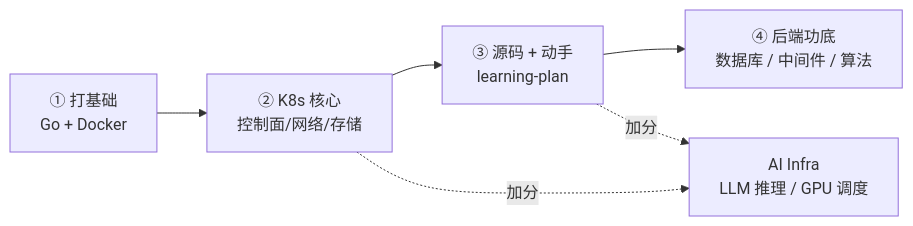
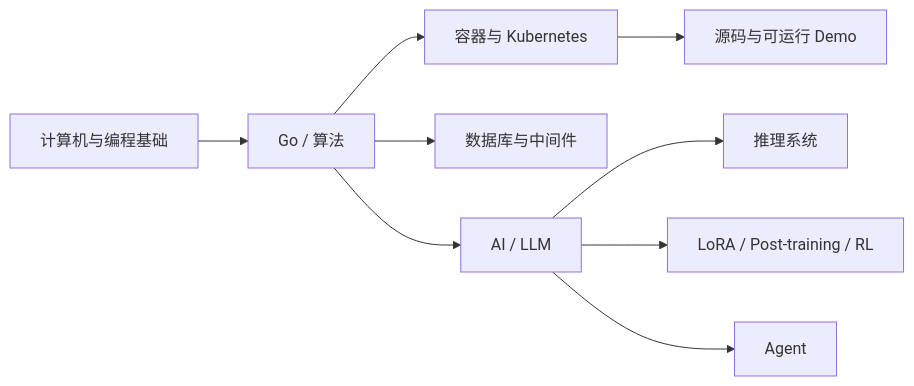
One commit to HSn0918/Learning-Notes changed the diagram in README.md. Above: the diagram before and after it, drawn with Mermaid. The commit also changed other lines of this file and 242 other files, not shown here.

````diff
--- a/README.md
+++ b/README.md
@@ -14,8 +7,11 @@
 ```mermaid
 flowchart LR
-    A["① 打基础<br/>Go + Docker"] --> B["② K8s 核心<br/>控制面/网络/存储"]
-    B --> C["③ 源码 + 动手<br/>learning-plan"]
-    C --> D["④ 后端功底<br/>数据库 / 中间件 / 算法"]
-    B -.加分.-> E["AI Infra<br/>LLM 推理 / GPU 调度"]
-    C -.加分.-> E
+    A[计算机与编程基础] --> B[Go / 算法]
+    B --> C[容器与 Kubernetes]
+    C --> D[源码与可运行 Demo]
+    B --> E[数据库与中间件]
+    B --> F[AI / LLM]
+    F --> G[推理系统]
+    F --> H[LoRA / Post-training / RL]
+    F --> I[Agent]
 ```
````
